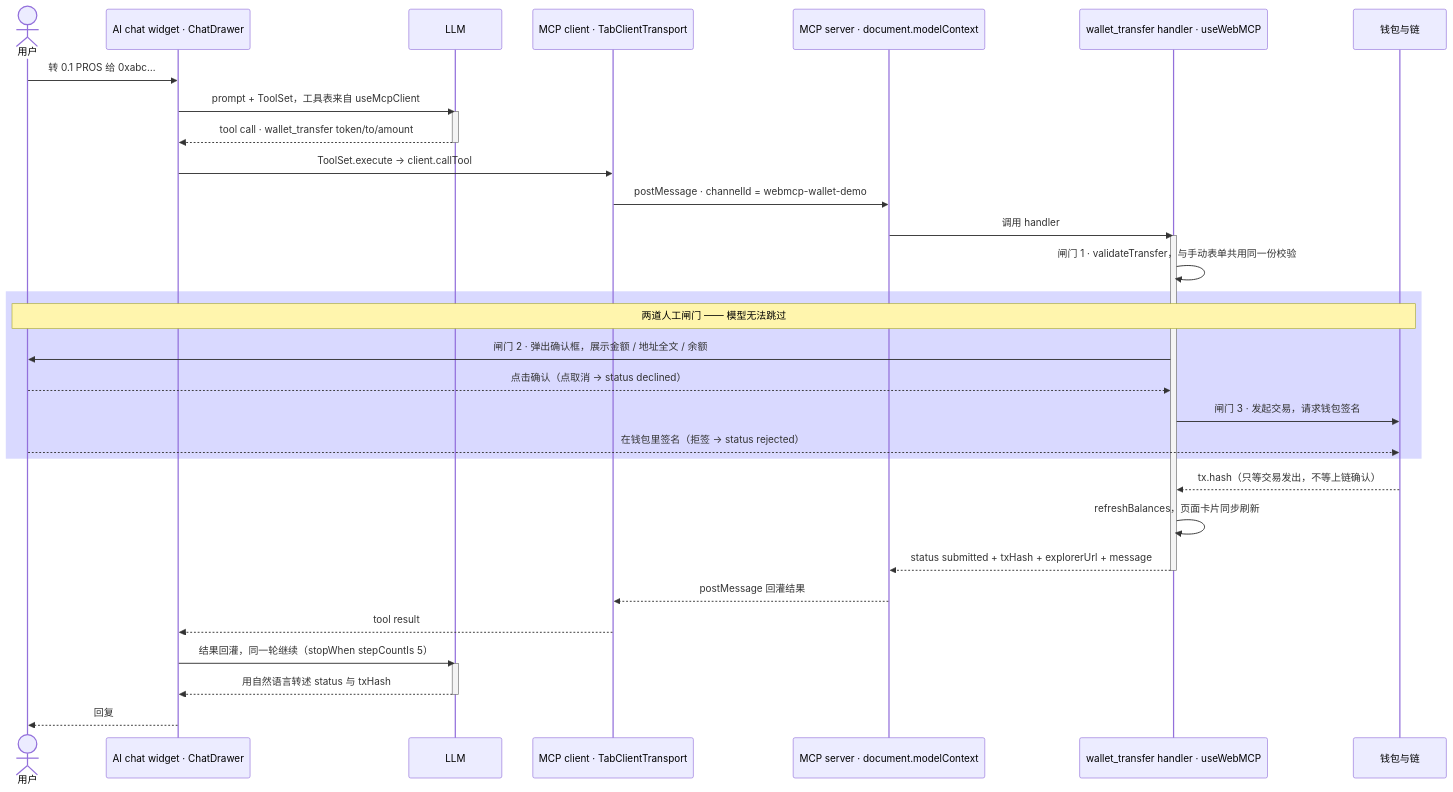
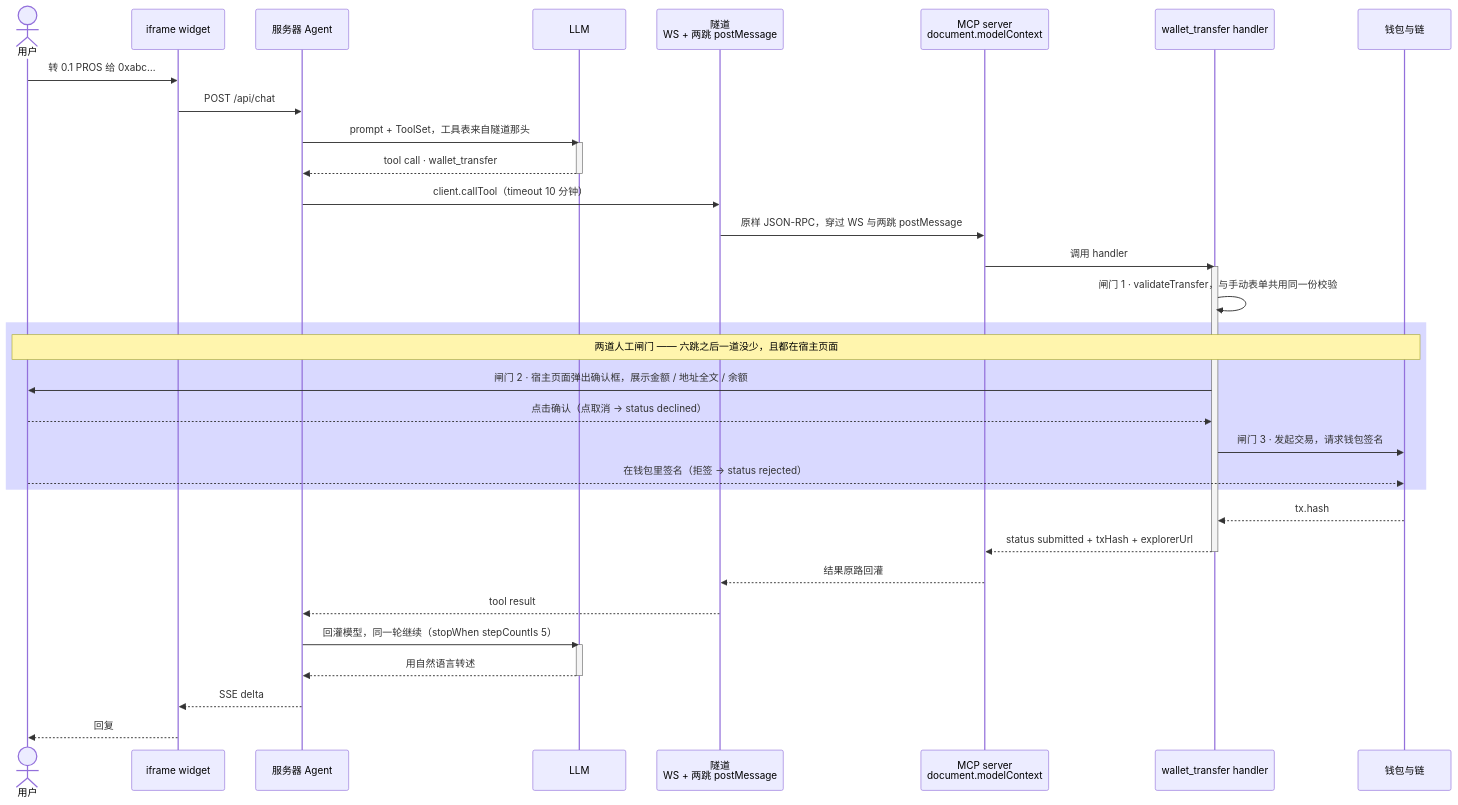
Before and after one commit to jason-pharos/webmcp-demo: the second of 2 diagrams in README.md, drawn with Mermaid. The commit also changed other lines of this file, not shown here.

````diff
--- a/README.md
+++ b/README.md
@@ -271,39 +196,41 @@
 ```mermaid
 sequenceDiagram
 actor U as 用户
-participant C as AI chat widget · ChatDrawer
+participant W as iframe widget
+participant A as 服务器 Agent
 participant M as LLM
-participant T as MCP client · TabClientTransport
-participant S as MCP server · document.modelContext
-participant H as wallet_transfer handler · useWebMCP
-participant W as 钱包与链
+participant T as 隧道<br>WS + 两跳 postMessage
+participant S as MCP server<br>document.modelContext
+participant H as wallet_transfer handler
+participant P as 钱包与链
 
-U->>C: 转 0.1 PROS 给 0xabc…
-C->>M: prompt + ToolSet，工具表来自 useMcpClient
+U->>W: 转 0.1 PROS 给 0xabc…
+W->>A: POST /api/chat
+A->>M: prompt + ToolSet，工具表来自隧道那头
 activate M
-M-->>C: tool call · wallet_transfer token/to/amount
+M-->>A: tool call · wallet_transfer
 deactivate M
-C->>T: ToolSet.execute → client.callTool
-T->>S: postMessage · channelId = webmcp-wallet-demo
+A->>T: client.callTool（timeout 10 分钟）
+T->>S: 原样 JSON-RPC，穿过 WS 与两跳 postMessage
 S->>H: 调用 handler
 activate H
 H->>H: 闸门 1 · validateTransfer，与手动表单共用同一份校验
 rect rgba(128, 128, 255, 0.3)
-Note over U,W: 两道人工闸门 —— 模型无法跳过
-H->>U: 闸门 2 · 弹出确认框，展示金额 / 地址全文 / 余额
+Note over U,P: 两道人工闸门 —— 六跳之后一道没少，且都在宿主页面
+H->>U: 闸门 2 · 宿主页面弹出确认框，展示金额 / 地址全文 / 余额
 U-->>H: 点击确认（点取消 → status declined）
-H->>W: 闸门 3 · 发起交易，请求钱包签名
-U-->>W: 在钱包里签名（拒签 → status rejected）
+H->>P: 闸门 3 · 发起交易，请求钱包签名
+U-->>P: 在钱包里签名（拒签 → status rejected）
 end
-W-->>H: tx.hash（只等交易发出，不等上链确认）
-H->>H: refreshBalances，页面卡片同步刷新
-H-->>S: status submitted + txHash + explorerUrl + message
+P-->>H: tx.hash
+H-->>S: status submitted + txHash + explorerUrl
 deactivate H
-S-->>T: postMessage 回灌结果
-T-->>C: tool result
-C->>M: 结果回灌，同一轮继续（stopWhen stepCountIs 5）
+S-->>T: 结果原路回灌
+T-->>A: tool result
+A->>M: 回灌模型，同一轮继续（stopWhen stepCountIs 5）
 activate M
-M-->>C: 用自然语言转述 status 与 txHash
+M-->>A: 用自然语言转述
 deactivate M
-C-->>U: 回复
+A-->>W: SSE delta
+W-->>U: 回复
 ```
````
